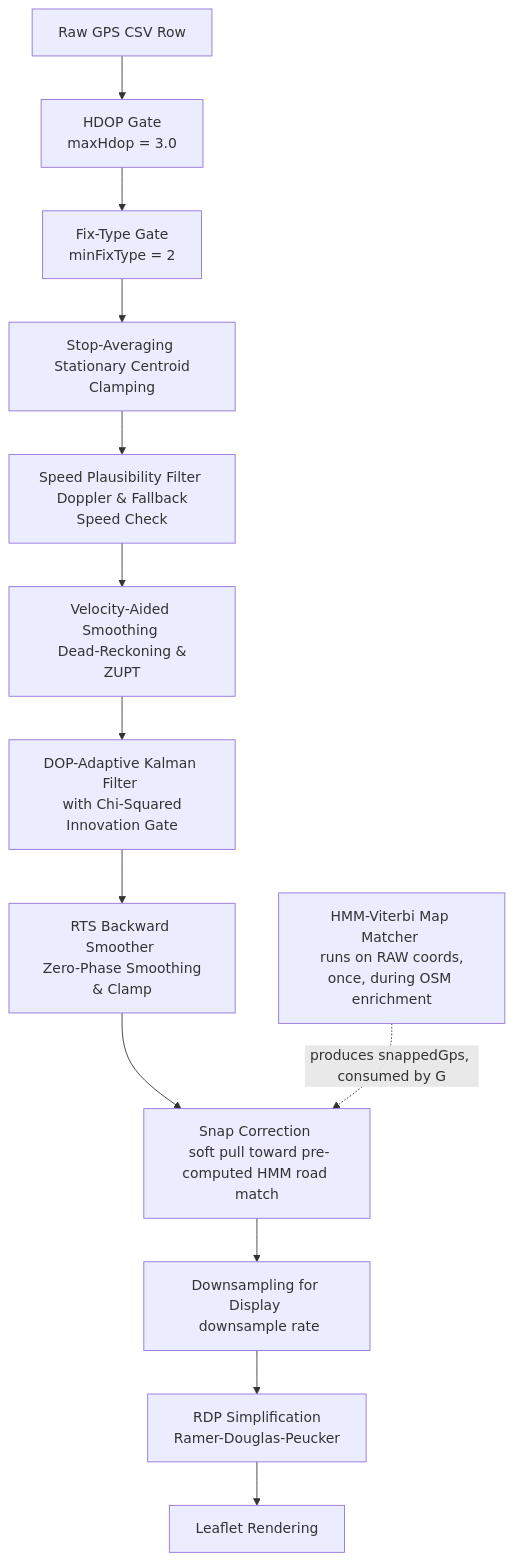
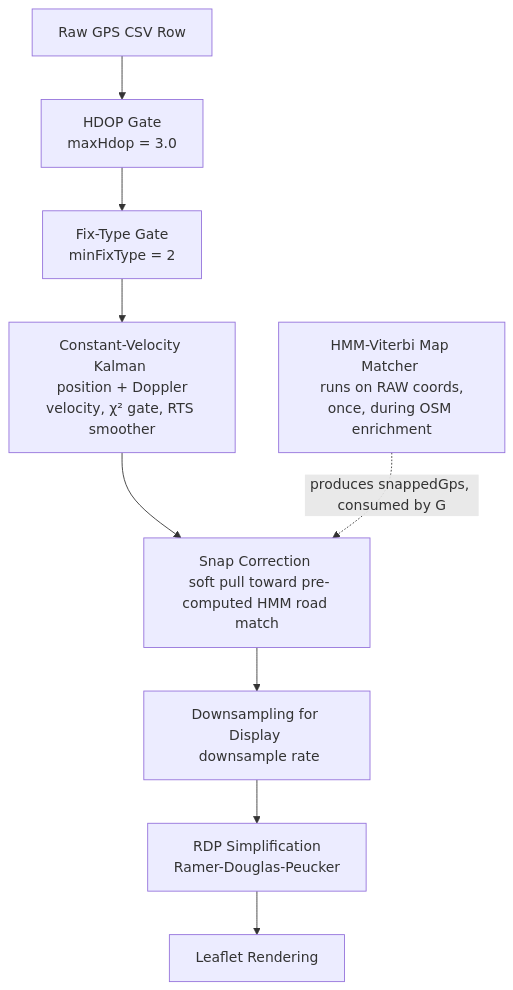
One commit to Softhook/BioMapping changed the diagram in docs/gps_filtering_pipeline.md. Above: the diagram before and after it, drawn with Mermaid. The commit also changed other lines of this file and 46 other files, not shown here.

````diff
--- a/docs/gps_filtering_pipeline.md
+++ b/docs/gps_filtering_pipeline.md
@@ -20,16 +20,12 @@
 ```mermaid
 graph TD
     A[Raw GPS CSV Row] --> B[HDOP Gate <br/> maxHdop = 3.0]
     B --> C[Fix-Type Gate <br/> minFixType = 2]
-    C --> D[Stop-Averaging <br/> Stationary Centroid Clamping]
-    D --> E[Speed Plausibility Filter <br/> Doppler & Fallback Speed Check]
-    E --> F[Velocity-Aided Smoothing <br/> Dead-Reckoning & ZUPT]
-    F --> H[DOP-Adaptive Kalman Filter <br/> with Chi-Squared Innovation Gate]
-    H --> I[RTS Backward Smoother <br/> Zero-Phase Smoothing & Clamp]
-    I --> G[Snap Correction <br/> soft pull toward pre-computed HMM road match]
+    C --> CV[Constant-Velocity Kalman <br/> position + Doppler velocity, χ² gate, RTS smoother]
+    CV --> G[Snap Correction <br/> soft pull toward pre-computed HMM road match]
     G --> J[Downsampling for Display <br/> downsample rate]
     J --> K[RDP Simplification <br/> Ramer-Douglas-Peucker]
     K --> L[Leaflet Rendering]
 
     M[HMM-Viterbi Map Matcher <br/> runs on RAW coords, once, during OSM enrichment] -.->|produces snappedGps, consumed by G| G
 ```
````
